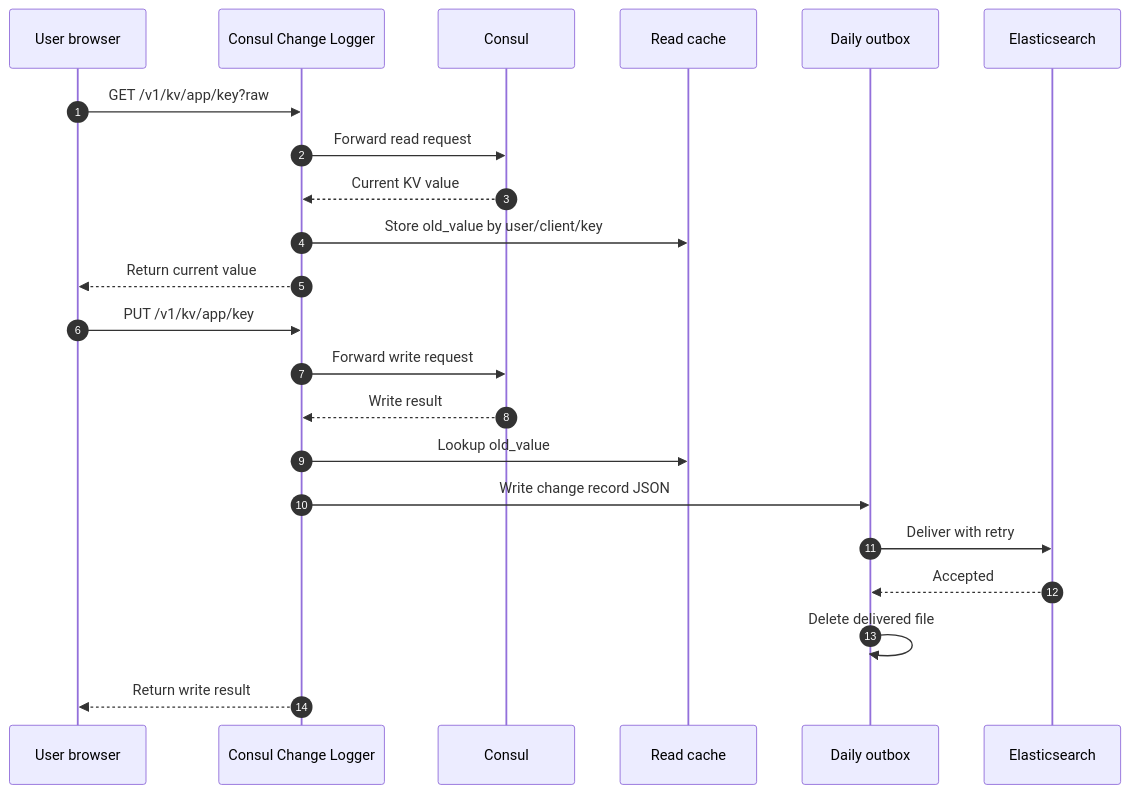
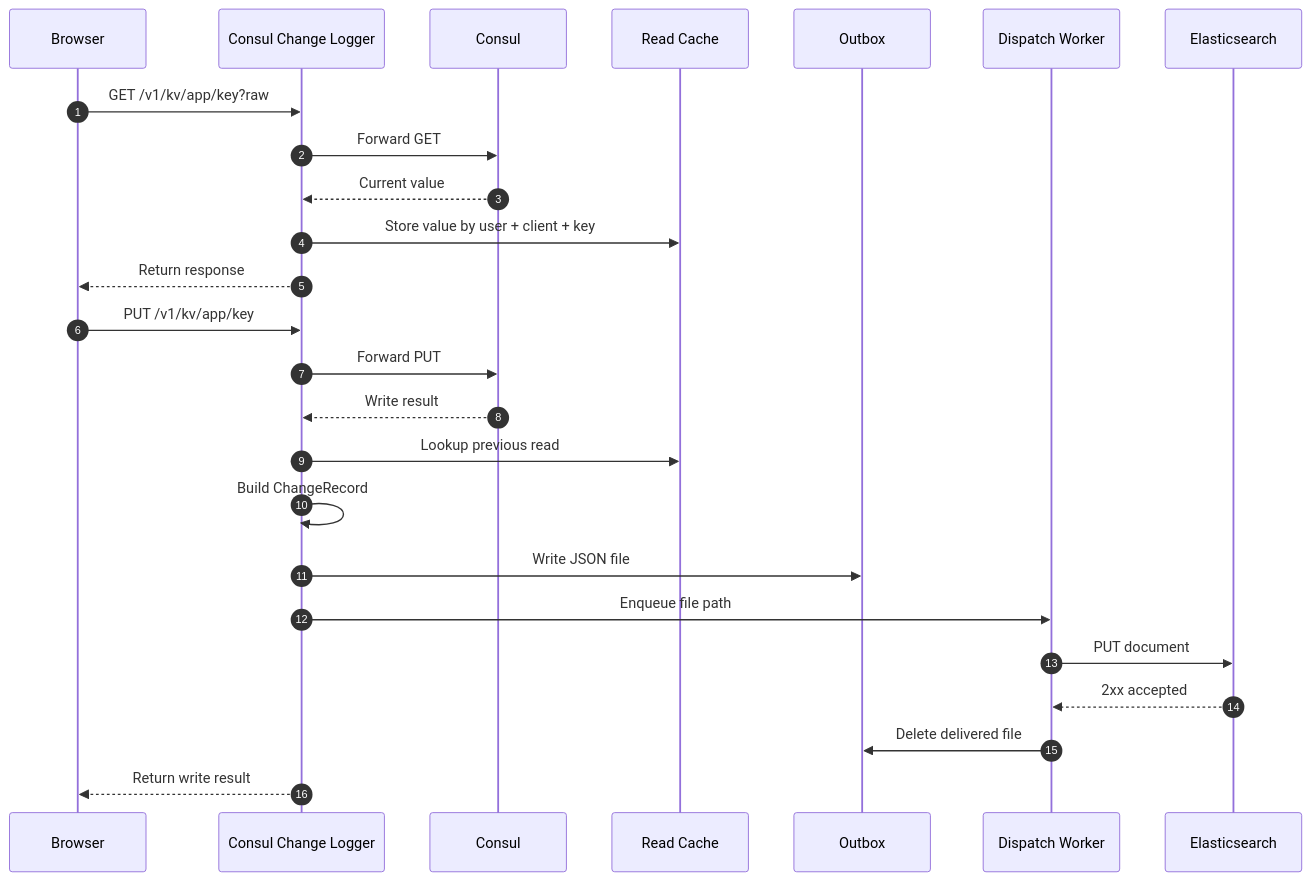
The second of 3 diagrams in docs/architecture.md (sinanakyazici/ConsulChangeLogger), drawn with Mermaid before and after one commit. The commit also changed other lines of this file and 2 other files, not shown here.

Commit message:
Refresh README and architecture documentation

````diff
--- a/docs/architecture.md
+++ b/docs/architecture.md
@@ -55,26 +80,29 @@
 ```mermaid
 sequenceDiagram
     autonumber
-    participant User as User browser
+    participant User as Browser
     participant Proxy as Consul Change Logger
     participant Consul as Consul
-    participant Cache as Read cache
-    participant Outbox as Daily outbox
+    participant Cache as Read Cache
+    participant Outbox as Outbox
+    participant Worker as Dispatch Worker
     participant ES as Elasticsearch
 
     User->>Proxy: GET /v1/kv/app/key?raw
-    Proxy->>Consul: Forward read request
-    Consul-->>Proxy: Current KV value
-    Proxy->>Cache: Store old_value by user/client/key
-    Proxy-->>User: Return current value
+    Proxy->>Consul: Forward GET
+    Consul-->>Proxy: Current value
+    Proxy->>Cache: Store value by user + client + key
+    Proxy-->>User: Return response
 
     User->>Proxy: PUT /v1/kv/app/key
-    Proxy->>Consul: Forward write request
+    Proxy->>Consul: Forward PUT
     Consul-->>Proxy: Write result
-    Proxy->>Cache: Lookup old_value
-    Proxy->>Outbox: Write change record JSON
-    Outbox->>ES: Deliver with retry
-    ES-->>Outbox: Accepted
-    Outbox->>Outbox: Delete delivered file
+    Proxy->>Cache: Lookup previous read
+    Proxy->>Proxy: Build ChangeRecord
+    Proxy->>Outbox: Write JSON file
+    Proxy->>Worker: Enqueue file path
+    Worker->>ES: PUT document
+    ES-->>Worker: 2xx accepted
+    Worker->>Outbox: Delete delivered file
     Proxy-->>User: Return write result
 ```
````
